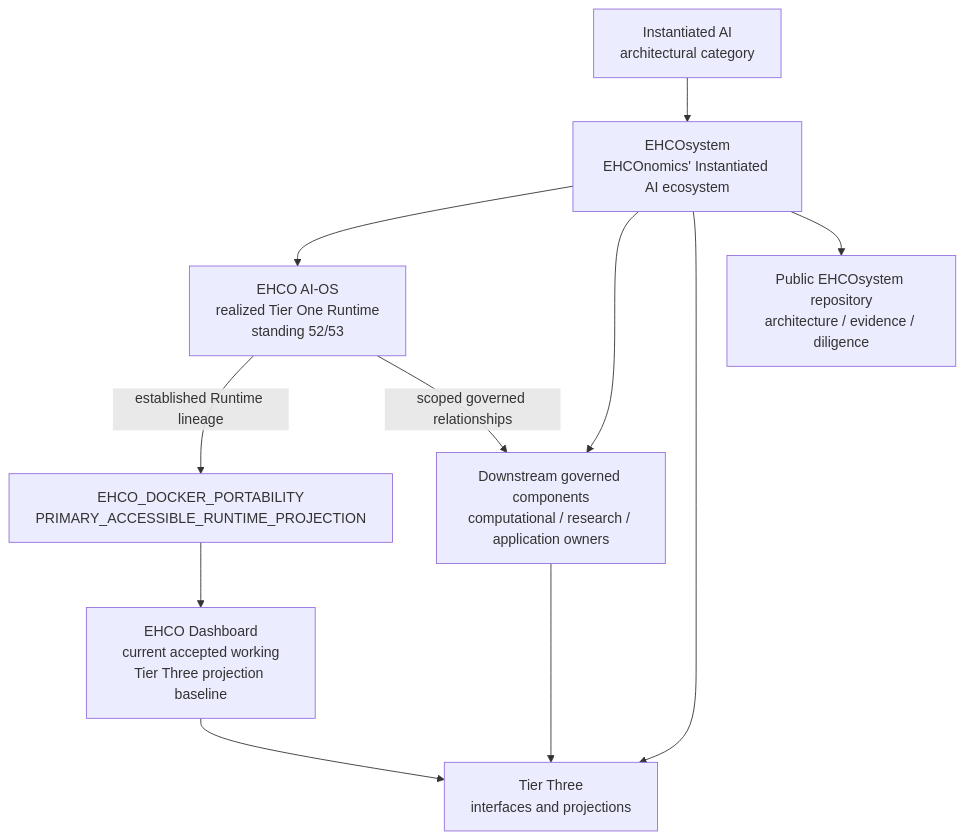
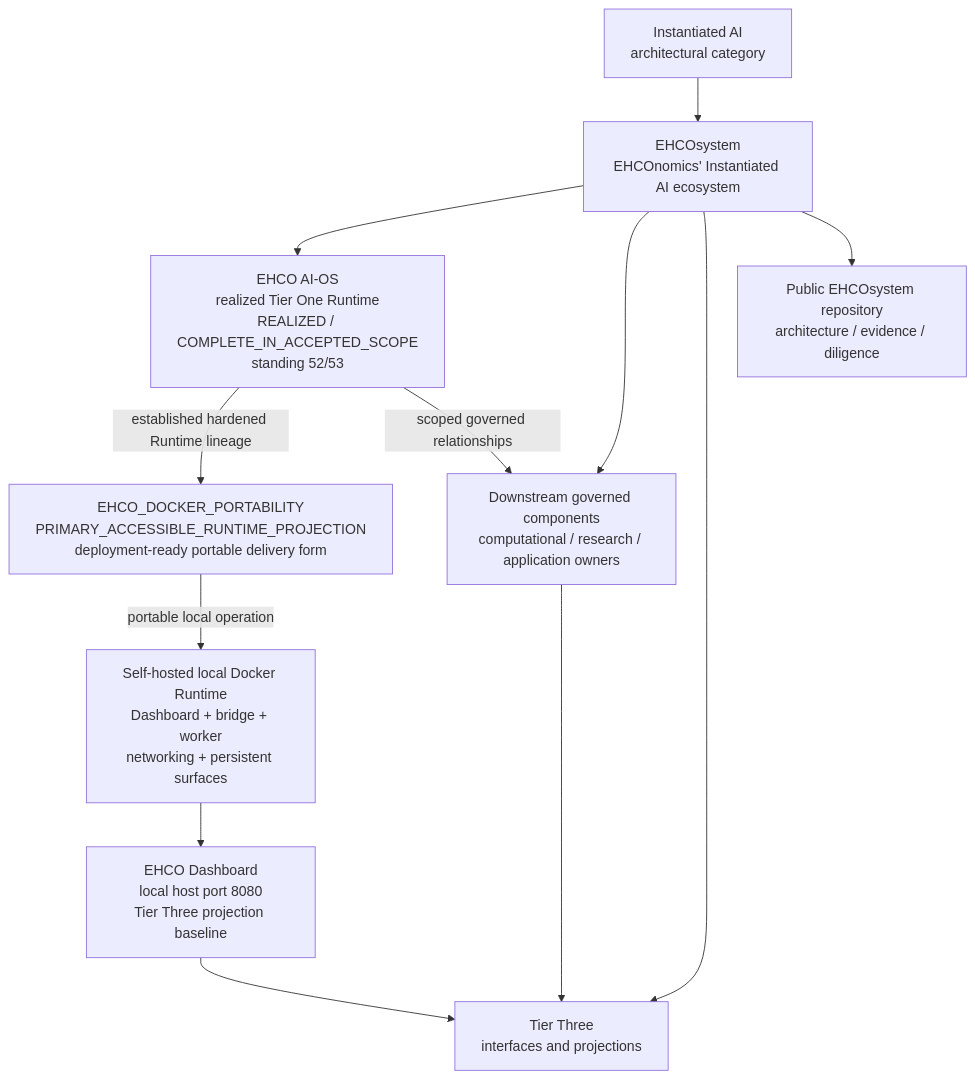
Before and after one commit to EHCOnomics-Systems/EHCOsystem: the first of 4 diagrams in architecture/diagrams/README.md, drawn with Mermaid. The commit also changed other lines of this file and 15 other files, not shown here.

````diff
--- a/architecture/diagrams/README.md
+++ b/architecture/diagrams/README.md
@@ -18,22 +18,24 @@
 ```mermaid
 flowchart TD
     A[Instantiated AI<br/>architectural category]
     B[EHCOsystem<br/>EHCOnomics' Instantiated AI ecosystem]
-    C[EHCO AI-OS<br/>realized Tier One Runtime<br/>standing 52/53]
-    D[EHCO_DOCKER_PORTABILITY<br/>PRIMARY_ACCESSIBLE_RUNTIME_PROJECTION]
-    H[EHCO Dashboard<br/>current accepted working<br/>Tier Three projection baseline]
+    C[EHCO AI-OS<br/>realized Tier One Runtime<br/>REALIZED / COMPLETE_IN_ACCEPTED_SCOPE<br/>standing 52/53]
+    D[EHCO_DOCKER_PORTABILITY<br/>PRIMARY_ACCESSIBLE_RUNTIME_PROJECTION<br/>deployment-ready portable delivery form]
+    L[Self-hosted local Docker Runtime<br/>Dashboard + bridge + worker<br/>networking + persistent surfaces]
+    H[EHCO Dashboard<br/>local host port 8080<br/>Tier Three projection baseline]
     E[Downstream governed components<br/>computational / research / application owners]
     F[Tier Three<br/>interfaces and projections]
     G[Public EHCOsystem repository<br/>architecture / evidence / diligence]
 
     A --> B
     B --> C
     B --> E
     B --> F
     B --> G
-    C -->|established Runtime lineage| D
-    D --> H
+    C -->|established hardened Runtime lineage| D
+    D -->|portable local operation| L
+    L --> H
     H --> F
     C -->|scoped governed relationships| E
     E --> F
 ```
````
